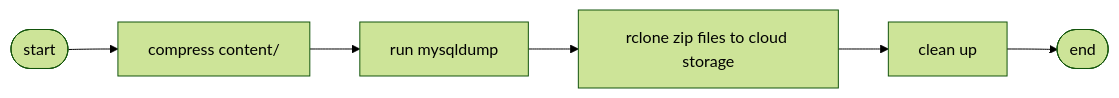
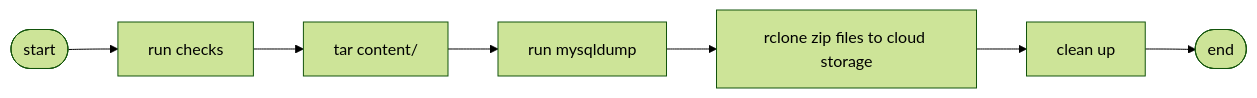
One commit to ngshiheng/wraith changed the diagram in README.md. Above: the diagram before and after it, drawn with Mermaid (forest theme). The commit also changed 1 other file, not shown here.

Commit message:
feat: add pre-backup checks

````diff
--- a/README.md
+++ b/README.md
@@ -42,4 +42,4 @@
 ```mermaid
 graph LR
-  1(["start"]) --> 2["compress content/"] --> 3["run mysqldump"] --> 4["rclone zip files to cloud storage"] --> 5["clean up"] --> 6(["end"])
+  1(["start"]) --> 2["run checks"] --> 3["tar content/"] --> 4["run mysqldump"] --> 5["rclone zip files to cloud storage"] --> 6["clean up"] --> 7(["end"])
 ```
````
